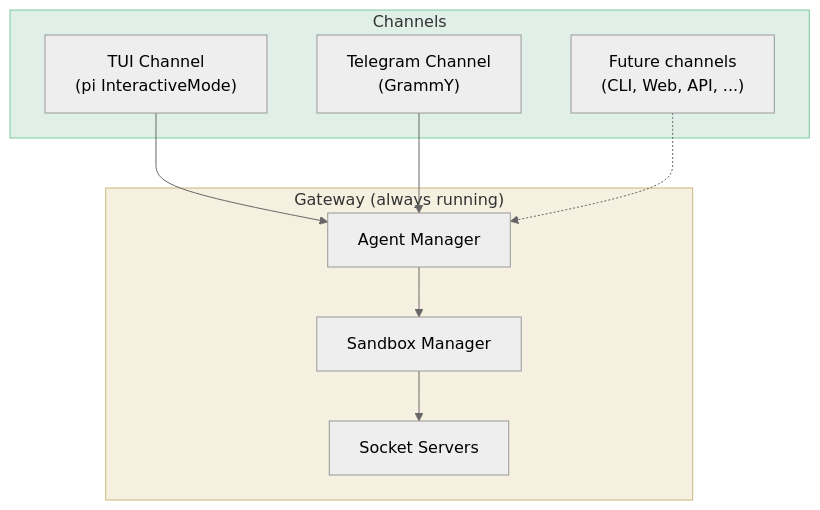
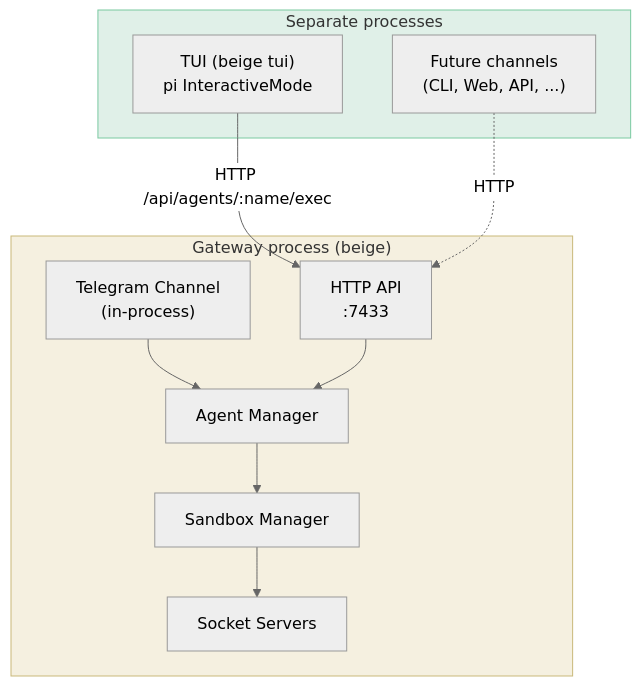
One commit to matthias-hausberger/beige changed the second of 7 diagrams in docs/system-overview.md. Above: the diagram before and after it, drawn with Mermaid (neutral theme). The commit also changed other lines of this file and 12 other files, not shown here.

Commit message:
feat: separate gateway from tui

````diff
--- a/docs/system-overview.md
+++ b/docs/system-overview.md
@@ -69,23 +69,25 @@
 ```mermaid
 graph TB
-    subgraph Gateway["Gateway (always running)"]
+    subgraph Gateway["Gateway process (beige)"]
+        API["HTTP API<br/>:7433"]
         AM[Agent Manager]
         SM[Sandbox Manager]
         SS[Socket Servers]
+        TG["Telegram Channel<br/>(in-process)"]
     end
 
-    subgraph Channels
-        TUI["TUI Channel<br/>(pi InteractiveMode)"]
-        TG["Telegram Channel<br/>(GrammY)"]
+    subgraph Separate["Separate processes"]
+        TUI["TUI (beige tui)<br/>pi InteractiveMode"]
         FUTURE["Future channels<br/>(CLI, Web, API, ...)"]
     end
 
-    TUI --> AM
     TG --> AM
-    FUTURE -.-> AM
+    TUI -->|"HTTP /api/agents/:name/exec"| API
+    FUTURE -.->|HTTP| API
+    API --> AM
     AM --> SM
     SM --> SS
 
     style Gateway fill:#f5f0e0,stroke:#c9b97a
-    style Channels fill:#e0f0e8,stroke:#7ac9a0
+    style Separate fill:#e0f0e8,stroke:#7ac9a0
 ```
````
